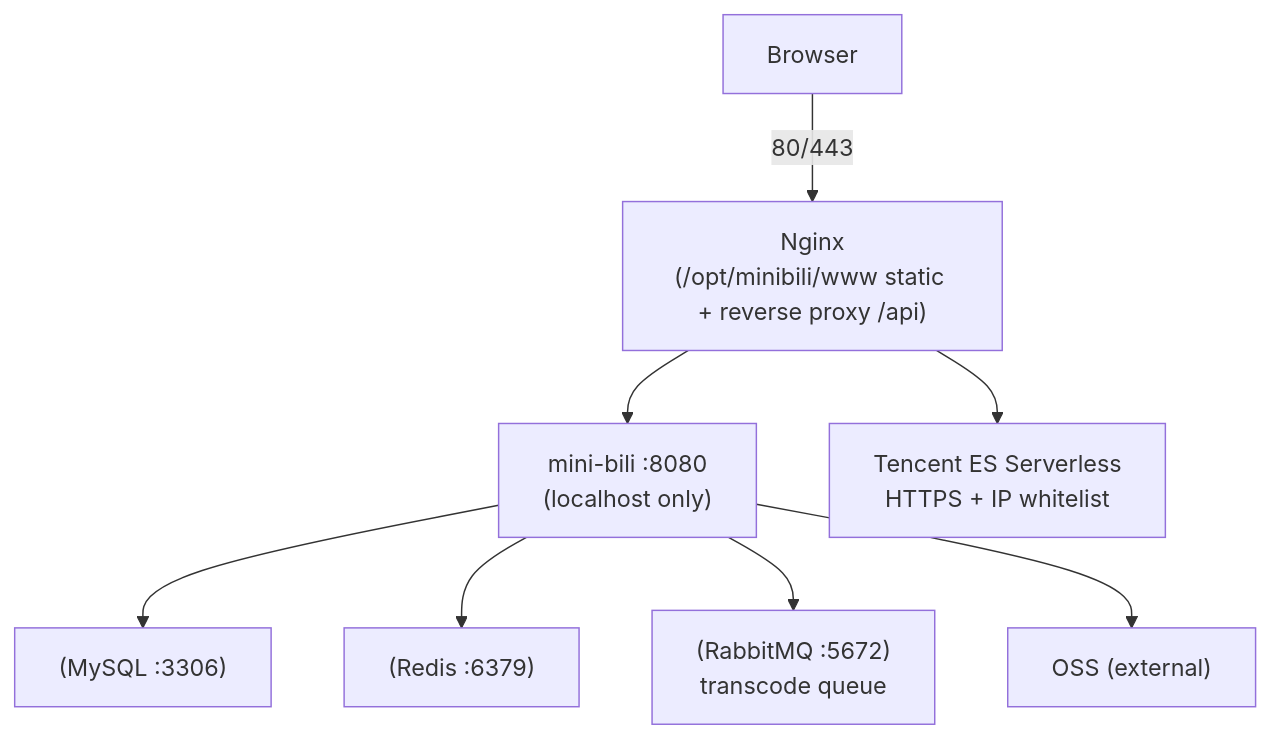
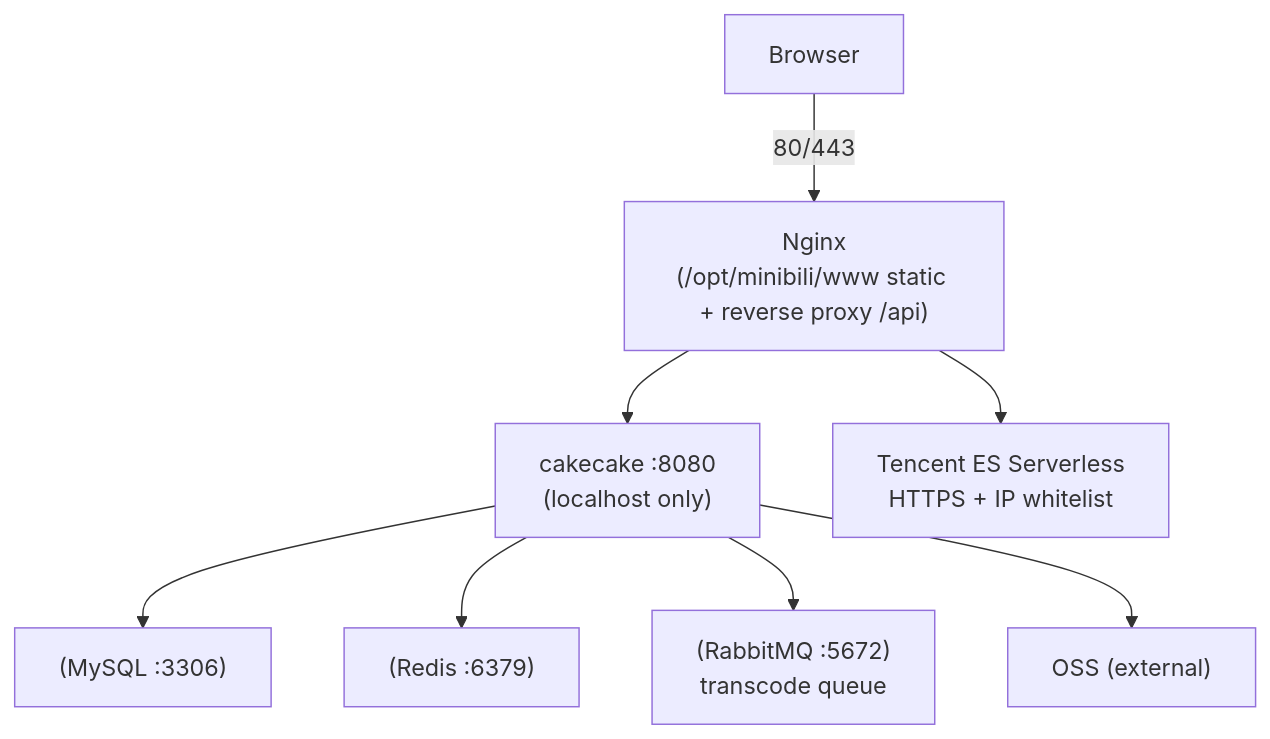
The diagram in deploy/DEPLOY_EN.md (earthcake2233/cakecake), drawn with Mermaid before and after one commit. The commit also changed other lines of this file and 728 other files, not shown here.

````diff
--- a/deploy/DEPLOY_EN.md
+++ b/deploy/DEPLOY_EN.md
@@ -29,19 +29,19 @@
 ```mermaid
 graph TD
     Browser[Browser]
     Nginx["Nginx<br/>(/opt/minibili/www static + reverse proxy /api)"]
-    App["mini-bili :8080<br/>(localhost only)"]
+    App["cakecake :8080<br/>(localhost only)"]
     MySQL["(MySQL :3306)"]
     Redis["(Redis :6379)"]
     RMQ["(RabbitMQ :5672)<br/>transcode queue"]
     OSS["OSS (external)"]
     ES["Tencent ES Serverless<br/>HTTPS + IP whitelist"]
 
     Browser -->|80/443| Nginx
     Nginx --> App
     App --> MySQL
     App --> Redis
     App --> RMQ
     App --> OSS
     Nginx --> ES
 ```
````
